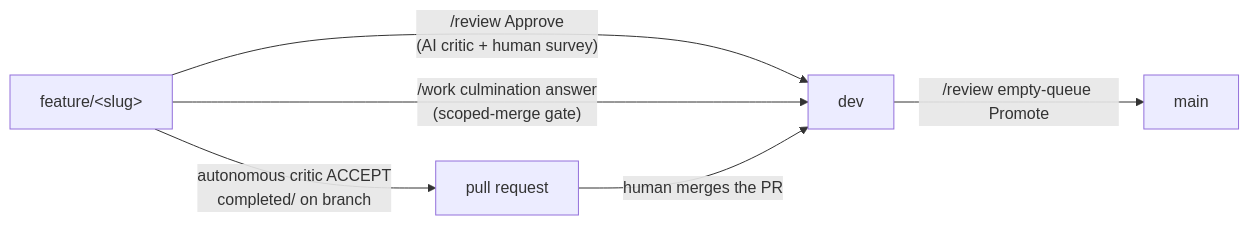
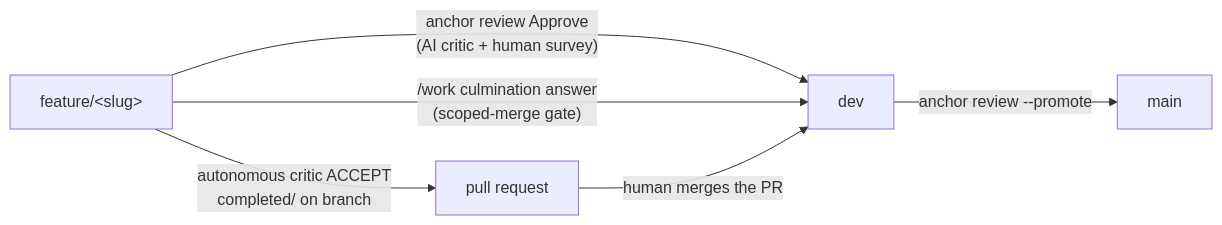
The diagram in docs/docs/tooling/how-work-reaches-dev.md (carefreeinv/anchor), drawn with Mermaid before and after one commit. The commit also changed 9 other files, not shown here.

````diff
--- a/docs/docs/tooling/how-work-reaches-dev.md
+++ b/docs/docs/tooling/how-work-reaches-dev.md
@@ -13,13 +13,13 @@
 ```mermaid
 flowchart LR
   feat["feature/&lt;slug&gt;"]
   pr["pull request"]
   dev["dev"]
   main["main"]
 
-  feat -->|"/review Approve<br/>(AI critic + human survey)"| dev
+  feat -->|"anchor review Approve<br/>(AI critic + human survey)"| dev
   feat -->|"/work culmination answer<br/>(scoped-merge gate)"| dev
   feat -->|"autonomous critic ACCEPT<br/>completed/ on branch"| pr
   pr -->|"human merges the PR"| dev
-  dev -->|"/review empty-queue Promote"| main
+  dev -->|"anchor review --promote"| main
 ```
````
